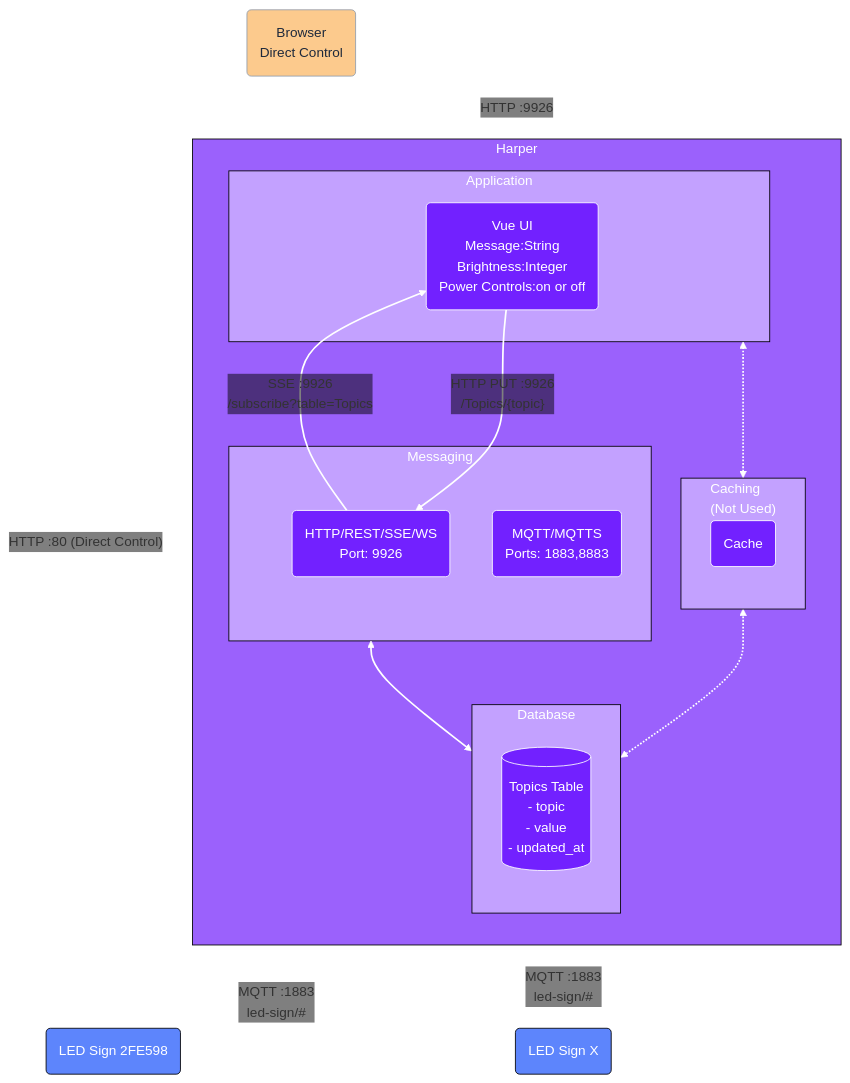
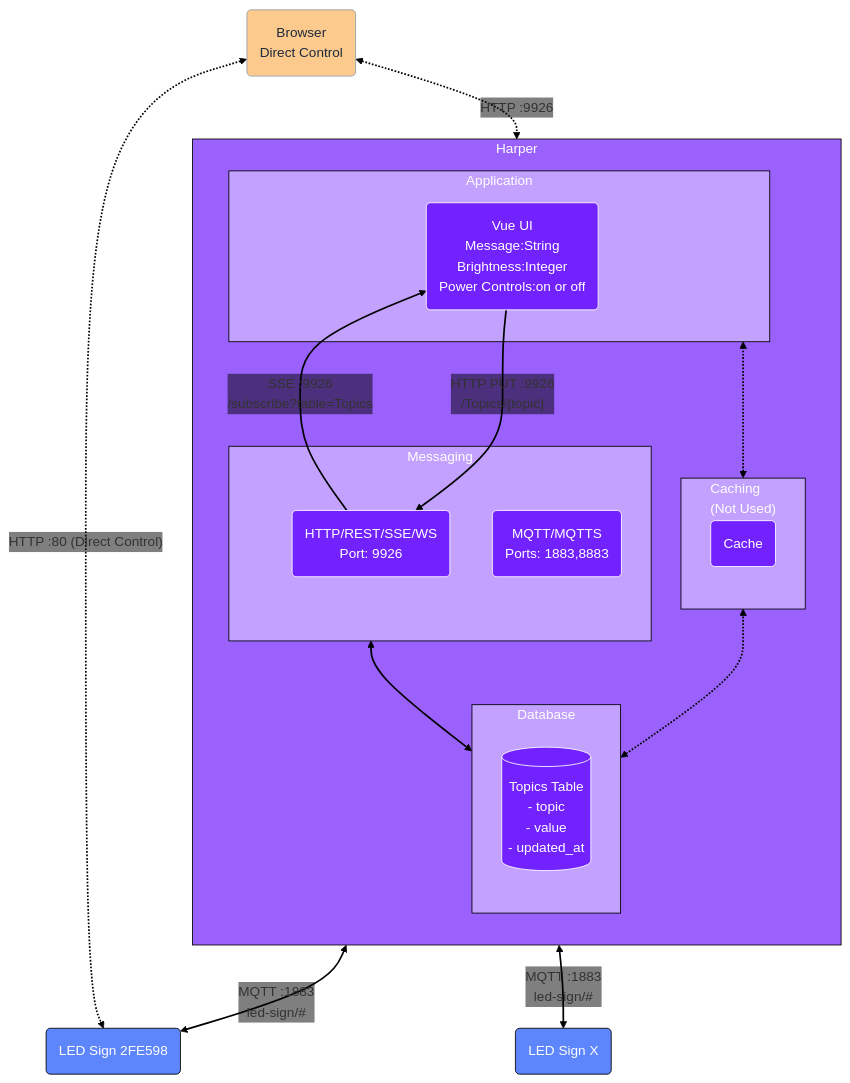
The diagram in README.md (HarperFast/realtime-pubsub-example), drawn with Mermaid before and after one commit.

Commit message:
Update diagram link stroke color to black for better visibility
🤖 Generated with [Claude Code](https://claude.com/claude-code)

````diff
--- a/README.md
+++ b/README.md
@@ -17,68 +17,68 @@
 ```mermaid
 %%{init: {'themeVariables': { 'edgeLabelBackground': 'transparent'}}}%%
 flowchart TB
 
 BROWSER[Browser<br/>Direct Control]
 
 subgraph HARPER["Harper"]
   direction BT
 
   subgraph APPLICATION["Application"]
      UI[Vue UI<br/>Message:String<br/>Brightness:Integer<br/>Power Controls:on or off]
   end
 
   subgraph MESSAGING["Messaging"]
      MQTT["MQTT/MQTTS<br/>Ports: 1883,8883"]
      9926["HTTP/REST/SSE/WS<br/>Port: 9926"]
   end
 
   subgraph CACHING["Caching<br/>(Not Used)"]
      CACHE["Cache"]
   end
 
   subgraph DATABASE["Database"]
      DB[(Topics Table<br/>- topic<br/>- value<br/>- updated_at)]
   end
 
   CACHING  <-.-> | | APPLICATION
   %% DATABASE <--> | | APPLICATION
   DATABASE <--> | | MESSAGING
   DATABASE <-.-> | | CACHING
 end
 
 SIGN1[LED Sign X]
 SIGN2[LED Sign 2FE598]
 
 UI --> |"HTTP PUT :9926<br/>/Topics/{topic}"| 9926
 9926 --> |"SSE :9926<br/>/subscribe?table=Topics"| UI
 
 BROWSER <-.-> |"HTTP :80 (Direct Control)"| SIGN2
 BROWSER <-.-> |"HTTP :9926"|HARPER
 
 HARPER <-->|"MQTT :1883<br/>led-sign/#"| SIGN1
 HARPER <-->|"MQTT :1883<br/>led-sign/#"| SIGN2
 
 UI@{ shape : rounded }
 SIGN1@{ shape : rounded }
 SIGN2@{ shape : rounded }
 9926@{ shape : rounded }
 MQTT@{ shape : rounded }
 BROWSER@{ shape : rounded }
 
-linkStyle default stroke-width:2px,fille:none,stroke:#fff
+linkStyle default stroke-width:2px,fille:none,stroke:#000
 CACHE@{ shape: rounded }
 style HARPER fill:#9B61FC,stroke:#000000,color:#ffffff
 style APPLICATION fill:#c3a1ff,stroke:#000000,color:#ffffff
 style CACHING fill:#c3a1ff,stroke:#000000,color:#ffffff
 style MESSAGING fill:#c3a1ff,stroke:#000000,color:#ffffff
 style DATABASE fill:#c3a1ff,stroke:#000000,color:#ffffff
 style DB fill:#48bb78,stroke:#2f855a,color:#fff
 style SIGN1 fill:#5d85fc,stroke:#000000,color:#fff
 style SIGN2 fill:#5d85fc,stroke:#000000,color:#fff
 style BROWSER fill:#fcb45d,stroke:#64748b,color:#1e293b,opacity:0.7
 style UI fill:#7221ff,stroke:#fff,color:#fff
 style CACHE fill:#7221ff,stroke:#fff,color:#fff
 style DB fill:#7221ff,stroke:#fff,color:#fff
 style 9926 fill:#7221ff,stroke:#fff,color:#fff
 style MQTT fill:#7221ff,stroke:#fff,color:#fff
 ```
````
